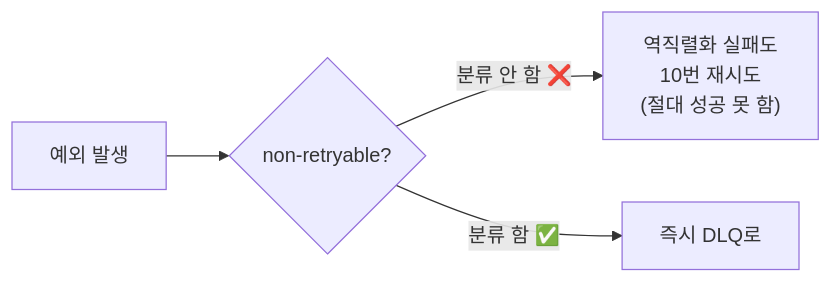
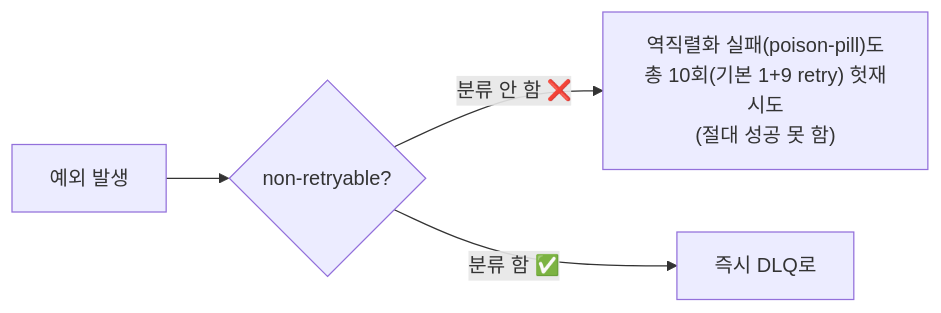
One commit to ghtjr410/kafka-lab changed the first of 2 diagrams in docs/book/2-spring/10-code-order-traps.md. Above: the diagram before and after it, drawn with Mermaid. The commit also changed other lines of this file and 2 other files, not shown here.

First line of the commit message:
docs: II권 README 리뷰 M4·Low 반영 (두 차원↔3관점 다리, poison-pill 정밀화, 깨진 경로 수정)

````diff
--- a/docs/book/2-spring/10-code-order-traps.md
+++ b/docs/book/2-spring/10-code-order-traps.md
@@ -17,6 +17,6 @@
 ```mermaid
 graph LR
     E["예외 발생"] --> Q{non-retryable?}
-    Q -->|"분류 안 함 ❌"| RETRY["역직렬화 실패도<br/>10번 재시도<br/>(절대 성공 못 함)"]
+    Q -->|"분류 안 함 ❌"| RETRY["역직렬화 실패(poison-pill)도<br/>총 10회(기본 1+9 retry) 헛재시도<br/>(절대 성공 못 함)"]
     Q -->|"분류 함 ✅"| DLQ["즉시 DLQ로"]
 ```
````
